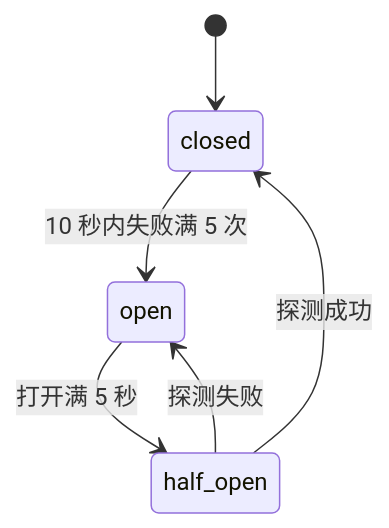
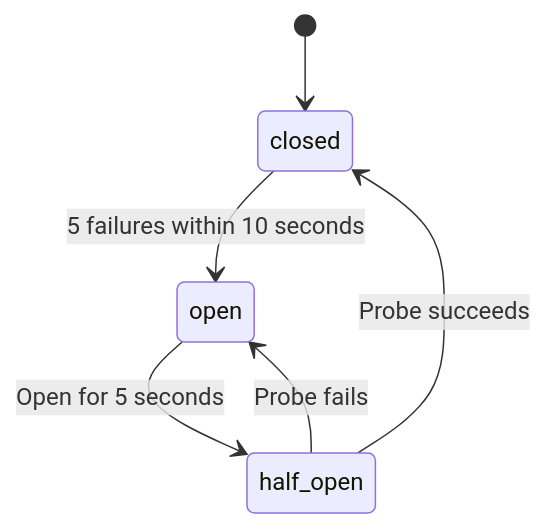
The eighth of 8 diagrams in docs/architecture.md (iamorangedad/OrangeDistributedSystem), drawn with Mermaid before and after one commit. The commit also changed other lines of this file and 52 other files, not shown here.

````diff
--- a/docs/architecture.md
+++ b/docs/architecture.md
@@ -164,8 +164,8 @@
 ```mermaid
 stateDiagram-v2
   [*] --> closed
-  closed --> open: 10 秒内失败满 5 次
-  open --> half_open: 打开满 5 秒
-  half_open --> closed: 探测成功
-  half_open --> open: 探测失败
+  closed --> open: 5 failures within 10 seconds
+  open --> half_open: Open for 5 seconds
+  half_open --> closed: Probe succeeds
+  half_open --> open: Probe fails
 ```
````
